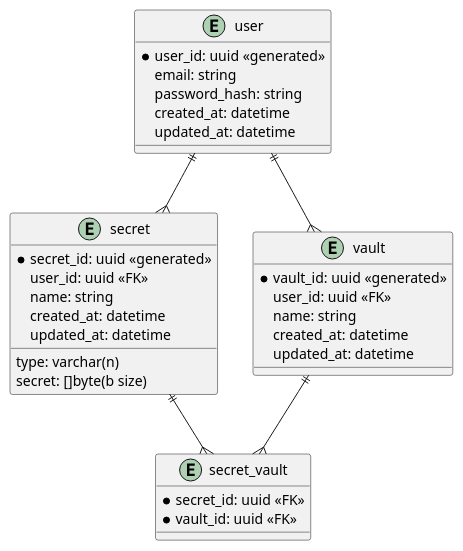
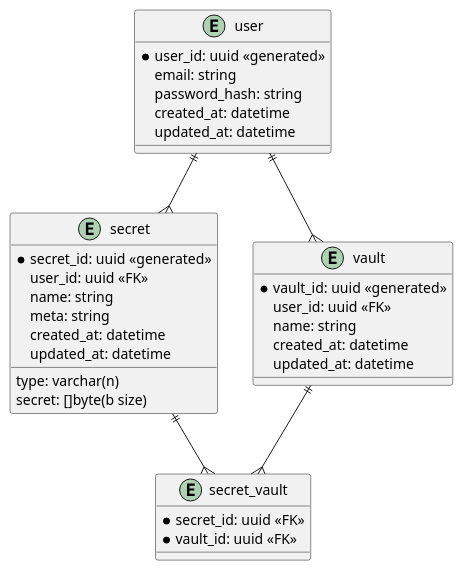
One commit to dsbasko/pass-keeper changed the diagram in docs/architecture/edr.puml. Above: the diagram before and after it, drawn with PlantUML. The commit also changed 1 other file, not shown here.

```diff
--- a/docs/architecture/edr.puml
+++ b/docs/architecture/edr.puml
@@ -1,39 +1,40 @@
 @startuml edr
 
 entity user {
   * user_id: uuid <<generated>>
   email: string
   password_hash: string
   created_at: datetime
   updated_at: datetime
 }
 
 entity secret {
   * secret_id: uuid <<generated>>
   user_id: uuid <<FK>>
   name: string
   type: varchar(n)
   secret: []byte(b size)
+  meta: string
   created_at: datetime
   updated_at: datetime
 }
 
 entity vault {
   * vault_id: uuid <<generated>>
   user_id: uuid <<FK>>
   name: string
   created_at: datetime
   updated_at: datetime
 }
 
 entity secret_vault {
   * secret_id: uuid <<FK>>
   * vault_id: uuid <<FK>>
 }
 
 user ||--{ secret
 user ||--{ vault
 secret ||--{ secret_vault
 vault ||--{ secret_vault
 
 @enduml
```
